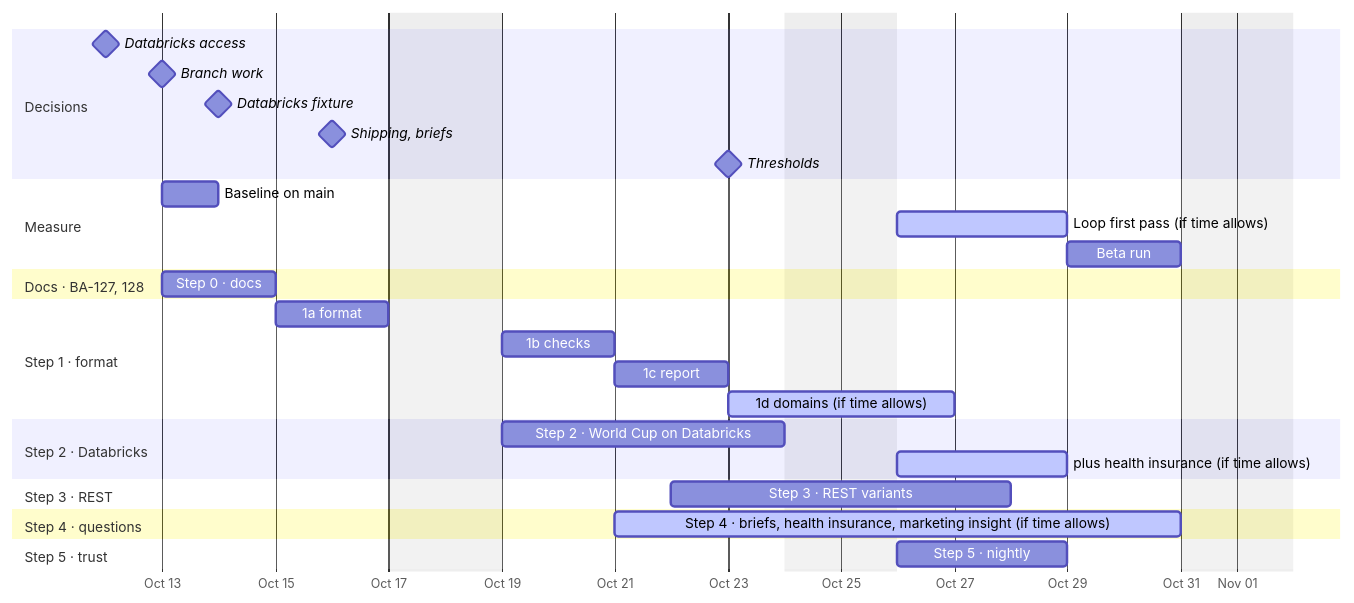
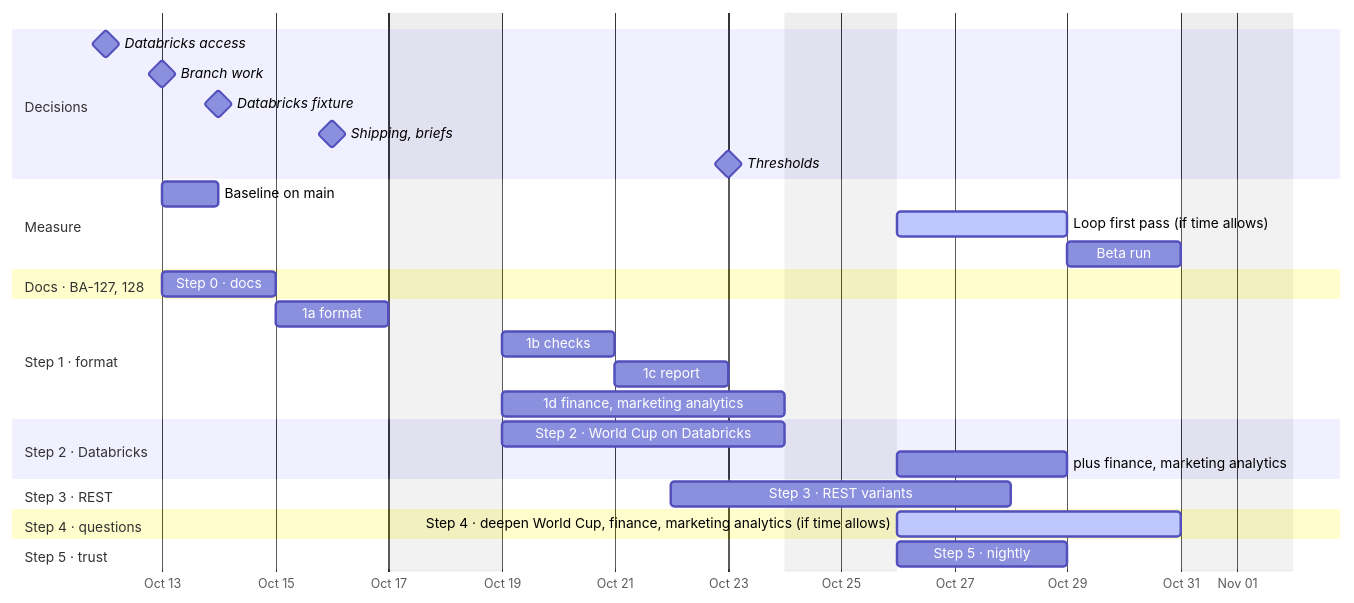
The first of 5 diagrams in docs/plans/BA-9.md (jhon-buendia-halo/bi-assistant), drawn with Mermaid before and after one commit. The commit also changed other lines of this file and 6 other files, not shown here.

First line of the commit message:
docs(BA-128): take the branch and fixture decisions; add finance and marketing analytics

````diff
--- a/docs/plans/BA-9.md
+++ b/docs/plans/BA-9.md
@@ -25,32 +25,32 @@
 ```mermaid
 gantt
   dateFormat YYYY-MM-DD
   axisFormat %b %d
   excludes weekends
   section Decisions
   Databricks access                                   :milestone, d1, 2026-10-12, 0d
   Branch work                                         :milestone, d2, 2026-10-13, 0d
   Databricks fixture                                  :milestone, d3, 2026-10-14, 0d
   Shipping, briefs                                    :milestone, d4, 2026-10-16, 0d
   Thresholds                                          :milestone, d5, 2026-10-23, 0d
   section Measure
   Baseline on main                                    :m1, 2026-10-13, 1d
   Loop first pass (if time allows)                    :active, m2, 2026-10-26, 3d
   Beta run                                            :m3, 2026-10-29, 2d
   section Docs · BA-127, 128
   Step 0 · docs                                       :s0, 2026-10-13, 2d
   section Step 1 · format
   1a format                                           :s1a, 2026-10-15, 2d
   1b checks                                           :s1b, 2026-10-19, 2d
   1c report                                           :s1c, 2026-10-21, 2d
-  1d domains (if time allows)                         :active, s1d, 2026-10-23, 2d
+  1d finance, marketing analytics                     :s1d, 2026-10-19, 5d
   section Step 2 · Databricks
   Step 2 · World Cup on Databricks                    :s2, 2026-10-19, 5d
-  plus health insurance (if time allows)              :active, s2b, 2026-10-26, 3d
+  plus finance, marketing analytics                   :s2b, 2026-10-26, 3d
   section Step 3 · REST
   Step 3 · REST variants                              :s3, 2026-10-22, 4d
   section Step 4 · questions
-  Step 4 · briefs, health insurance, marketing insight (if time allows) :active, s4, 2026-10-21, 8d
+  Step 4 · deepen World Cup, finance, marketing analytics (if time allows) :active, s4, 2026-10-26, 5d
   section Step 5 · trust
   Step 5 · nightly                                    :s5, 2026-10-26, 3d
 ```
````
